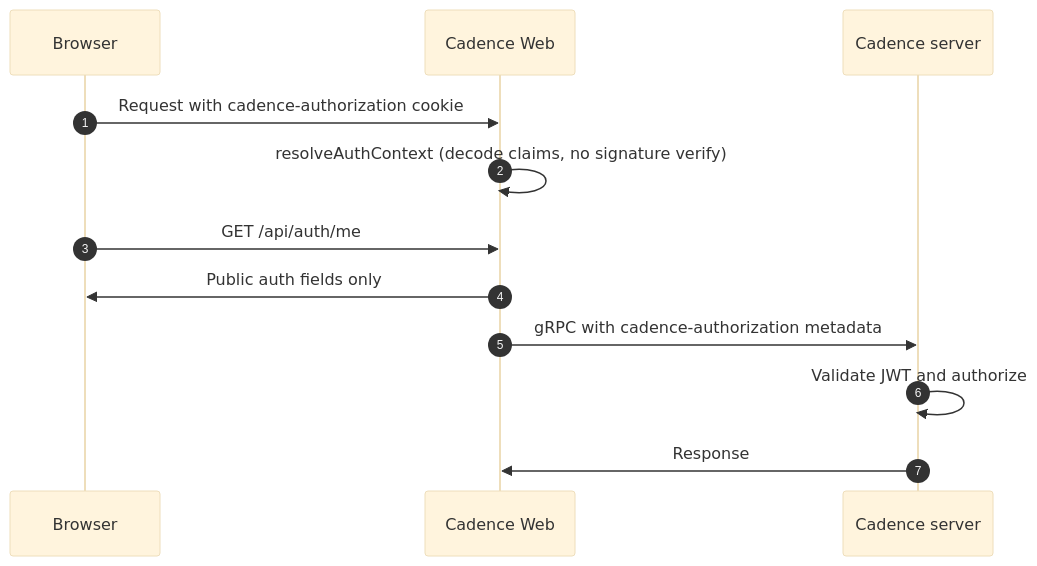
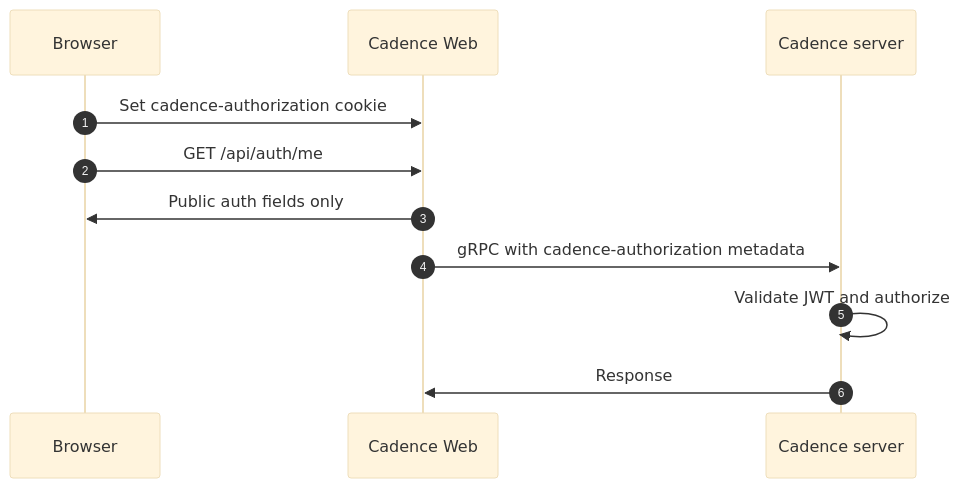
The diagram in docs/auth.md (cadence-workflow/cadence-web), drawn with Mermaid (base theme) before and after one commit. The commit also changed other lines of this file, not shown here.

Commit message:
update auth usage and chart section

````diff
--- a/docs/auth.md
+++ b/docs/auth.md
@@ -100,15 +80,14 @@
 ```mermaid
 sequenceDiagram
   autonumber
   participant B as Browser
   participant W as Cadence Web
   participant C as Cadence server
 
-  B->>W: Request with cadence-authorization cookie
-  W->>W: resolveAuthContext (decode claims, no signature verify)
+  B->>W: Set cadence-authorization cookie
   B->>W: GET /api/auth/me
   W->>B: Public auth fields only
   W->>C: gRPC with cadence-authorization metadata
   C->>C: Validate JWT and authorize
   C->>W: Response
 ```
````
